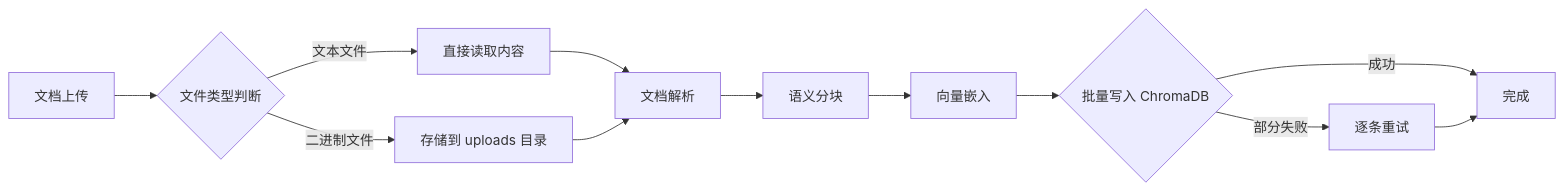
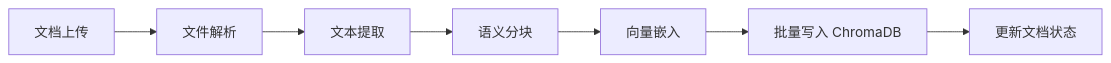
Before and after one commit to mambo-wang/CodingHub: the second of 3 diagrams in repowiki/rag-service.md, drawn with Mermaid. The commit also changed other lines of this file and 14 other files, not shown here.

````diff
--- a/repowiki/rag-service.md
+++ b/repowiki/rag-service.md
@@ -86,14 +70,9 @@
 ```mermaid
 graph LR
-    A[文档上传] --> B{文件类型判断}
-    B -->|文本文件| C1[直接读取内容]
-    B -->|二进制文件| C2[存储到 uploads 目录]
-    C1 --> D[文档解析]
-    C2 --> D
-    D --> E[语义分块]
-    E --> F[向量嵌入]
-    F --> G{批量写入 ChromaDB}
-    G -->|成功| H[完成]
-    G -->|部分失败| I[逐条重试]
-    I --> H
+    A[文档上传] --> B[文件解析]
+    B --> C[文本提取]
+    C --> D[语义分块]
+    D --> E[向量嵌入]
+    E --> F[批量写入 ChromaDB]
+    F --> G[更新文档状态]
 ```
````
